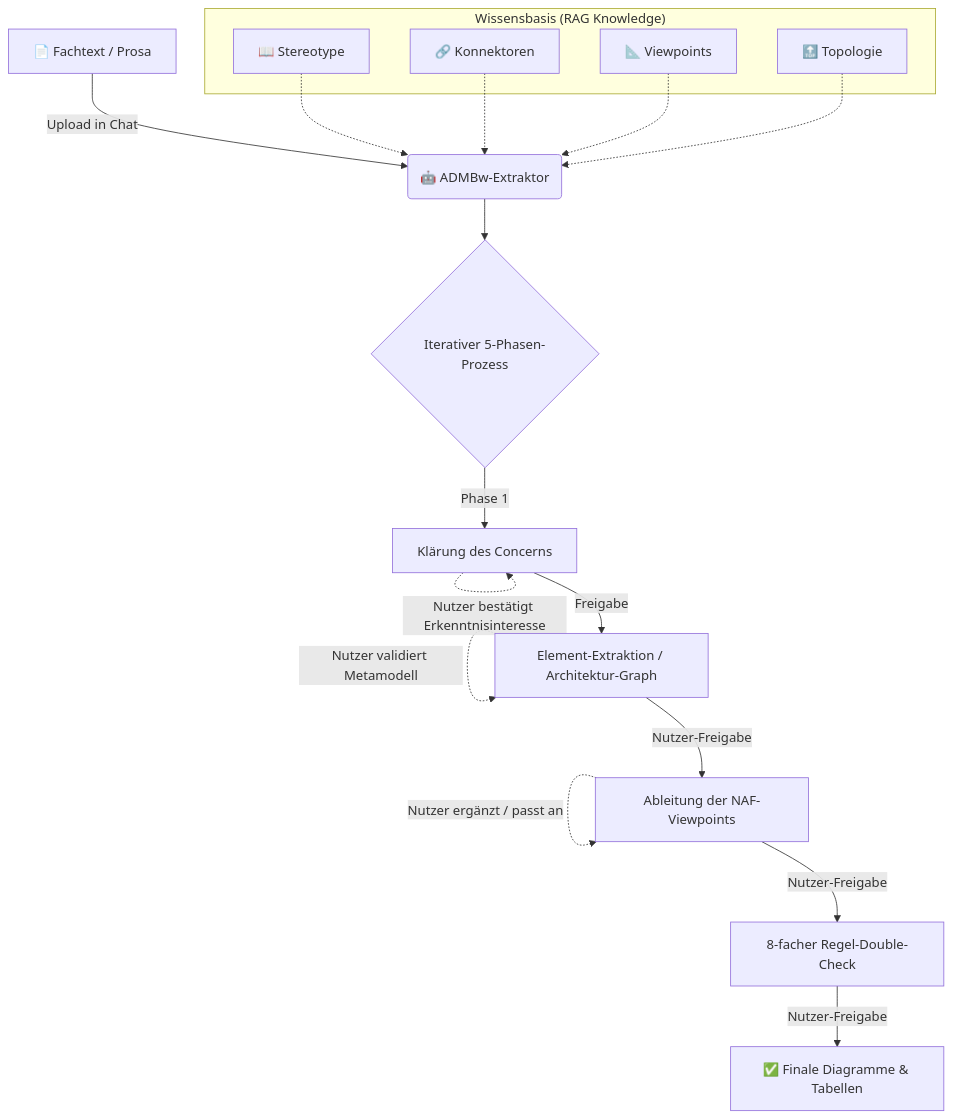
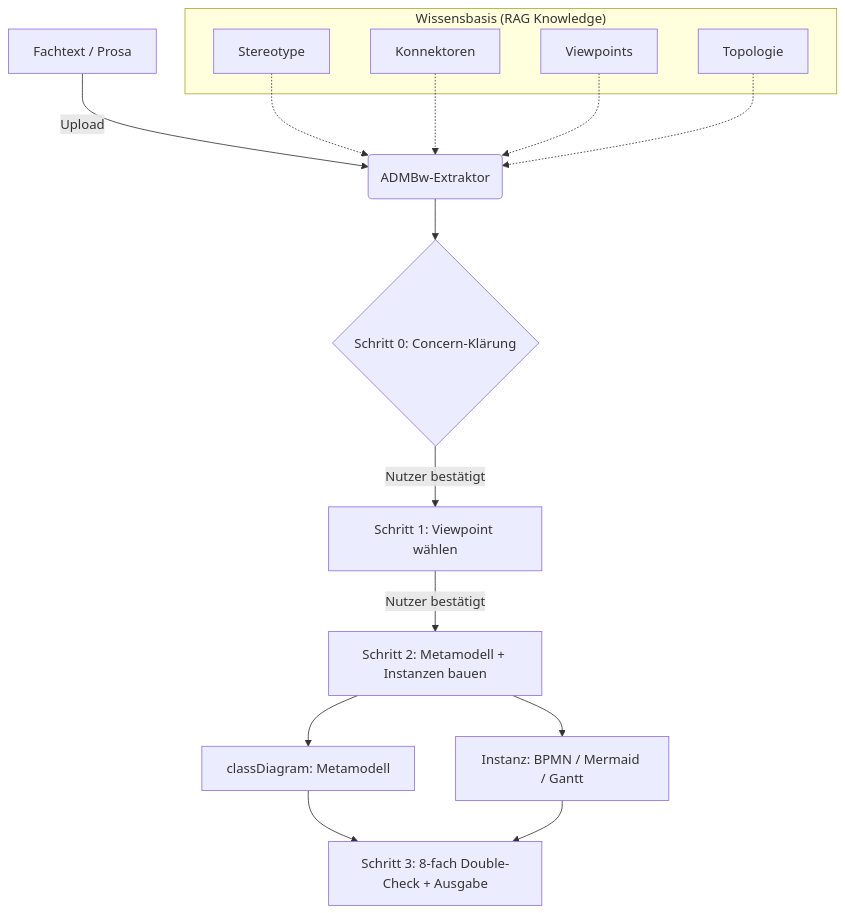
The diagram in README.md (Mitchel85/admbw-extractor), drawn with Mermaid before and after one commit. The commit also changed other lines of this file and 1 other file, not shown here.

Commit message:
v5.2: Komplette Viewpoint-Diagrammtyp-Matrix, BPMN-Integration (L4/P4/A4), Leitfaden-FFFmLV-Audit

````diff
--- a/README.md
+++ b/README.md
@@ -46,31 +60,24 @@
 ```mermaid
 graph TD
-    A[📄 Fachtext / Prosa] -->|Upload in Chat| B(🤖 ADMBw-Extraktor)
-    
+    A[Fachtext / Prosa] -->|Upload| B(ADMBw-Extraktor)
+
     subgraph "Wissensbasis (RAG Knowledge)"
-    C1[📖 Stereotype]
-    C2[🔗 Konnektoren]
-    C3[📐 Viewpoints]
-    C4[🔝 Topologie]
+    C1[Stereotype]
+    C2[Konnektoren]
+    C3[Viewpoints]
+    C4[Topologie]
     end
-    
+
     C1 -.-> B
     C2 -.-> B
     C3 -.-> B
     C4 -.-> B
-    
-    B --> E{Iterativer 5-Phasen-Prozess}
-    
-    E -->|Phase 1| F0[Klärung des Concerns]
-    F0 -.->|Nutzer bestätigt Erkenntnisinteresse| F0
-    
-    F0 -->|Freigabe| F[Element-Extraktion / Architektur-Graph]
-    F -.->|Nutzer validiert Metamodell| F
-    
-    F -->|Nutzer-Freigabe| G[Ableitung der NAF-Viewpoints]
-    G -.->|Nutzer ergänzt / passt an| G
-    
-    G -->|Nutzer-Freigabe| H[8-facher Regel-Double-Check]
-    
-    H -->|Nutzer-Freigabe| I[✅ Finale Diagramme & Tabellen]
+
+    B --> S0{Schritt 0: Concern-Klärung}
+    S0 -->|Nutzer bestätigt| S1[Schritt 1: Viewpoint wählen]
+    S1 -->|Nutzer bestätigt| S2[Schritt 2: Metamodell + Instanzen bauen]
+    S2 --> S2a[classDiagram: Metamodell]
+    S2 --> S2b[Instanz: BPMN / Mermaid / Gantt]
+    S2a --> S3[Schritt 3: 8-fach Double-Check + Ausgabe]
+    S2b --> S3
 ```
````
